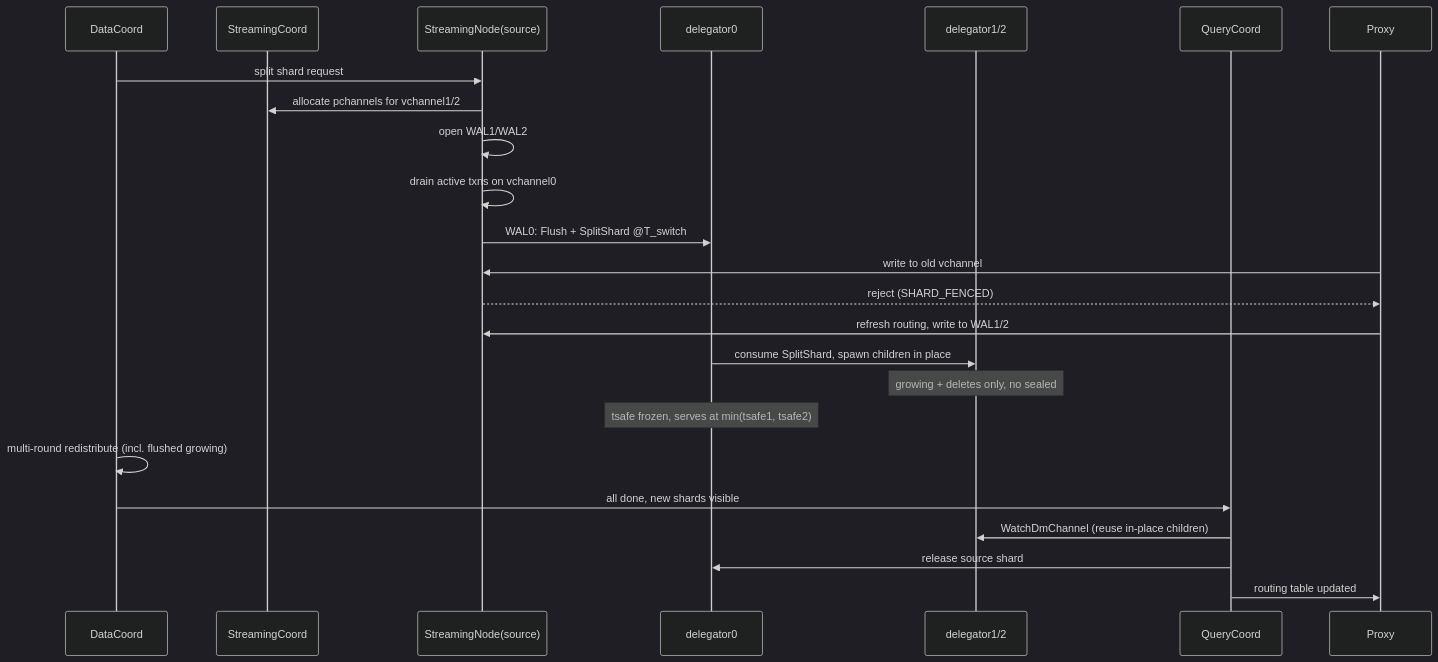
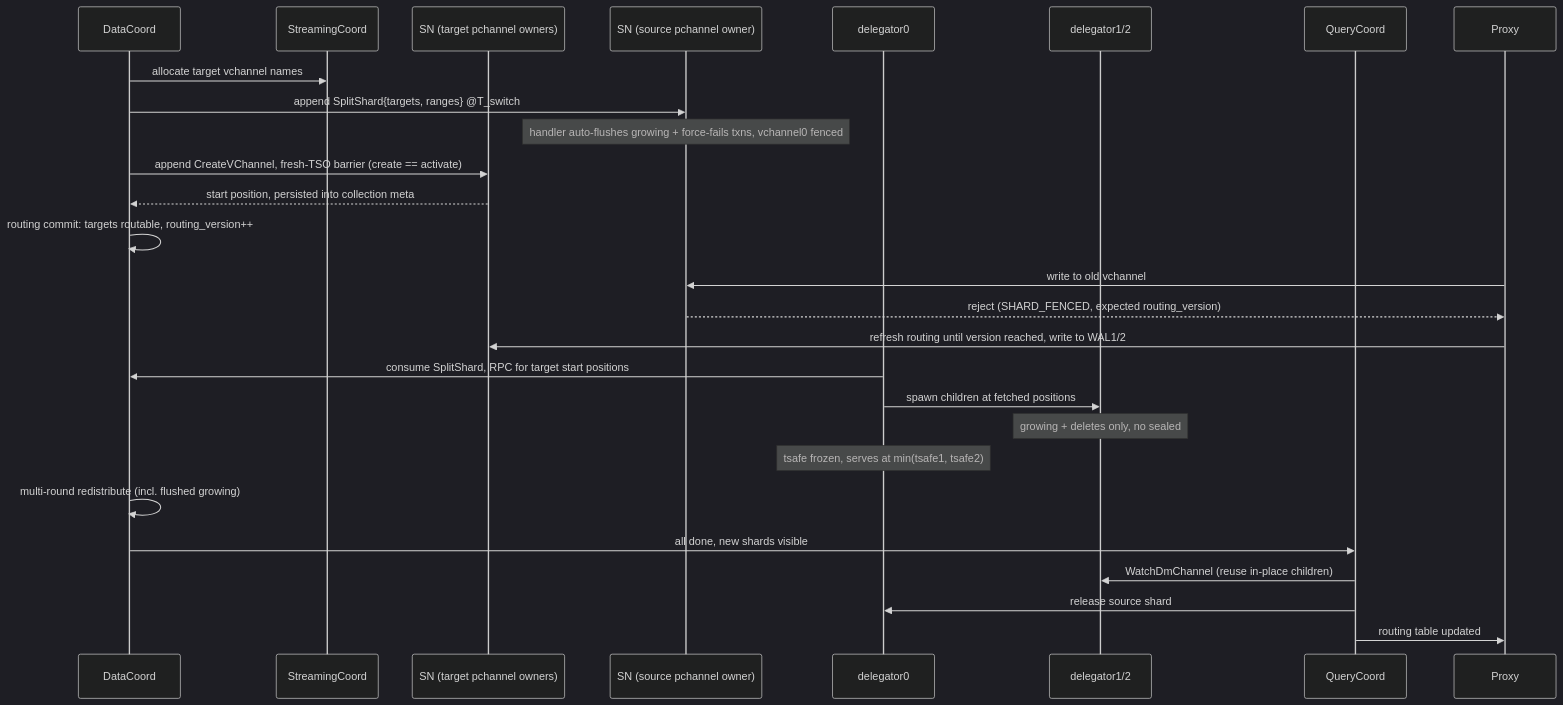
Before and after one commit to milvus-io/milvus: the second of 4 diagrams in docs/design-docs/design_docs/20260610-shard_split.md, drawn with Mermaid (dark theme). The commit also changed other lines of this file, not shown here.

First line of the commit message:
doc: sync shard split design doc to the authoritative #50465 revision

````diff
--- a/docs/design-docs/design_docs/20260610-shard_split.md
+++ b/docs/design-docs/design_docs/20260610-shard_split.md
@@ -233,26 +344,29 @@
 ```mermaid
 sequenceDiagram
     participant DC as DataCoord
     participant SC as StreamingCoord
-    participant SN as StreamingNode(source)
+    participant SNT as SN (target pchannel owners)
+    participant SN0 as SN (source pchannel owner)
     participant D0 as delegator0
     participant D12 as delegator1/2
     participant QC as QueryCoord
     participant PX as Proxy
-    DC->>SN: split shard request
-    SN->>SC: allocate pchannels for vchannel1/2
-    SN->>SN: open WAL1/WAL2
-    SN->>SN: drain active txns on vchannel0
-    SN->>D0: WAL0: Flush + SplitShard @T_switch
-    PX->>SN: write to old vchannel
-    SN-->>PX: reject (SHARD_FENCED)
-    PX->>SN: refresh routing, write to WAL1/2
-    D0->>D12: consume SplitShard, spawn children in place
+    DC->>SC: allocate target vchannel names
+    DC->>SN0: append SplitShard{targets, ranges} @T_switch
+    Note over SN0: handler auto-flushes growing + force-fails txns, vchannel0 fenced
+    DC->>SNT: append CreateVChannel, fresh-TSO barrier (create == activate)
+    SNT-->>DC: start position, persisted into collection meta
+    DC->>DC: routing commit: targets routable, routing_version++
+    PX->>SN0: write to old vchannel
+    SN0-->>PX: reject (SHARD_FENCED, expected routing_version)
+    PX->>SNT: refresh routing until version reached, write to WAL1/2
+    D0->>DC: consume SplitShard, RPC for target start positions
+    D0->>D12: spawn children at fetched positions
     Note over D12: growing + deletes only, no sealed
     Note over D0: tsafe frozen, serves at min(tsafe1, tsafe2)
     DC->>DC: multi-round redistribute (incl. flushed growing)
     DC->>QC: all done, new shards visible
     QC->>D12: WatchDmChannel (reuse in-place children)
     QC->>D0: release source shard
     QC->>PX: routing table updated
 ```
````
